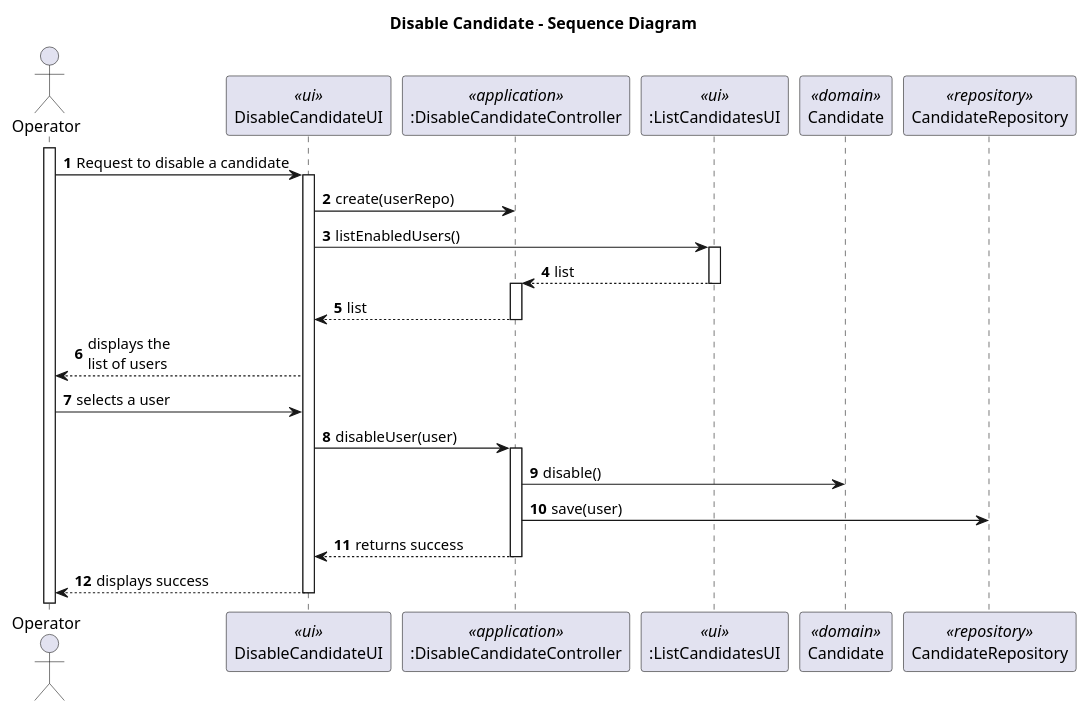
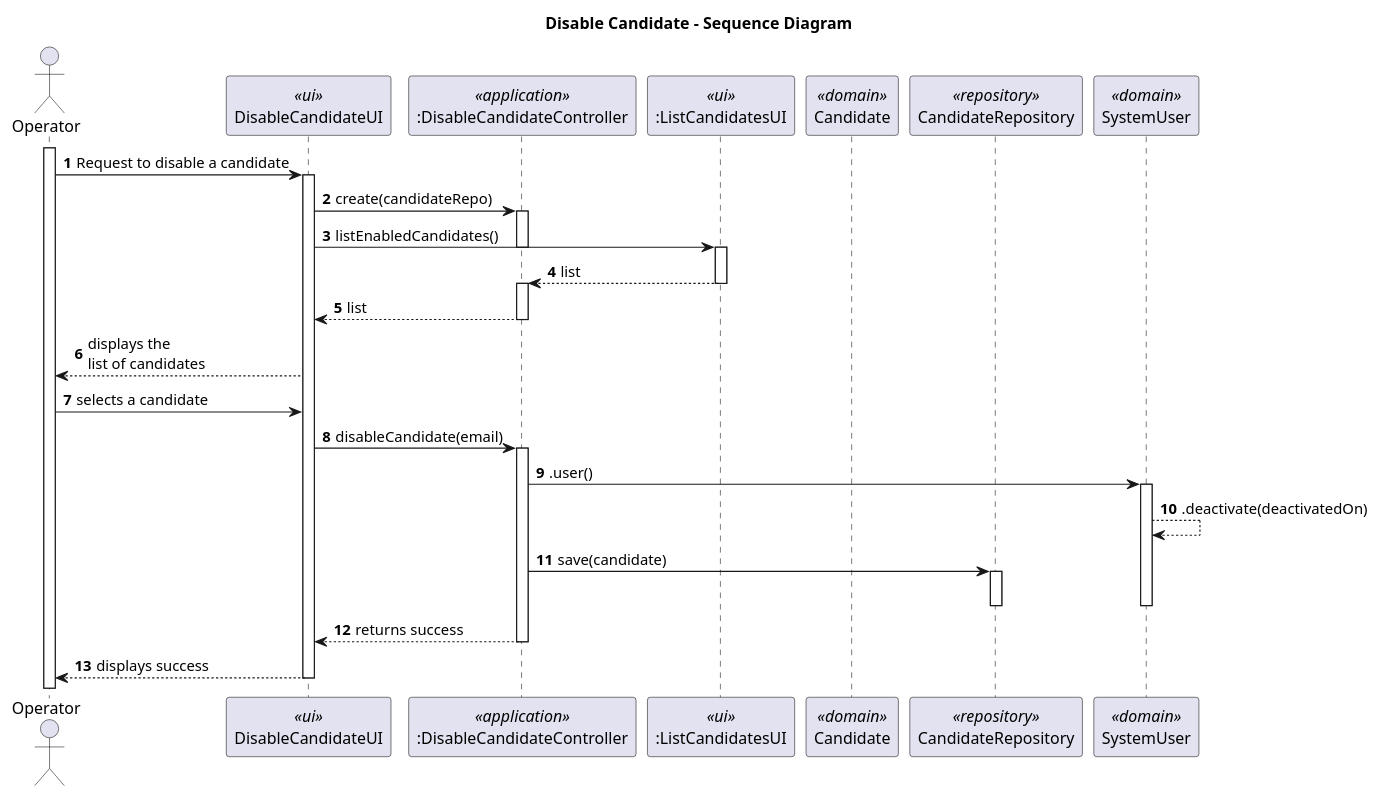
One commit to marcoferreira37/Lapr4 changed the diagram in docs/sprintC/2000b/SD2_DisableCandidate/2000b-sequence-diagram.puml. Above: the diagram before and after it, drawn with PlantUML. The commit also changed 1 other file, not shown here.

```diff
--- a/docs/sprintC/2000b/SD2_DisableCandidate/2000b-sequence-diagram.puml
+++ b/docs/sprintC/2000b/SD2_DisableCandidate/2000b-sequence-diagram.puml
@@ -1,37 +1,45 @@
 @startuml
 
 title Disable Candidate - Sequence Diagram
 
 autonumber
 actor Operator as ADM
 participant "DisableCandidateUI" as UI <<ui>>
 participant ":DisableCandidateController" as CTRL <<application>>
 participant ":ListCandidatesUI" as LUI <<ui>>
 participant "Candidate" as User <<domain>>
 participant "CandidateRepository" as REPO <<repository>>
+participant "SystemUser" as SYS <<domain>>
 
 activate ADM
 ADM-> UI : Request to disable a candidate
 activate UI
-UI -> CTRL : create(userRepo)
-UI -> LUI: listEnabledUsers()
+UI -> CTRL : create(candidateRepo)
+activate CTRL
+UI -> LUI: listEnabledCandidates()
+deactivate CTRL
 activate LUI
 LUI-->CTRL: list
 deactivate LUI
 activate CTRL
 CTRL-->UI:list
 deactivate CTRL
-UI --> ADM : displays the \nlist of users
+UI --> ADM : displays the \nlist of candidates
 deactivate LUI
-ADM -> UI : selects a user
-UI -> CTRL : disableUser(user)
+ADM -> UI : selects a candidate
+UI -> CTRL : disableCandidate(email)
 activate CTRL
-CTRL -> User : disable()
-CTRL -> REPO : save(user)
+CTRL->SYS :.user()
+activate SYS
+SYS-->SYS:.deactivate(deactivatedOn)
+CTRL->REPO : save(candidate)
+activate REPO
+deactivate SYS
+deactivate REPO
 CTRL --> UI : returns success
 deactivate CTRL
 UI --> ADM : displays success
 deactivate UI
 
 
 @enduml
```
